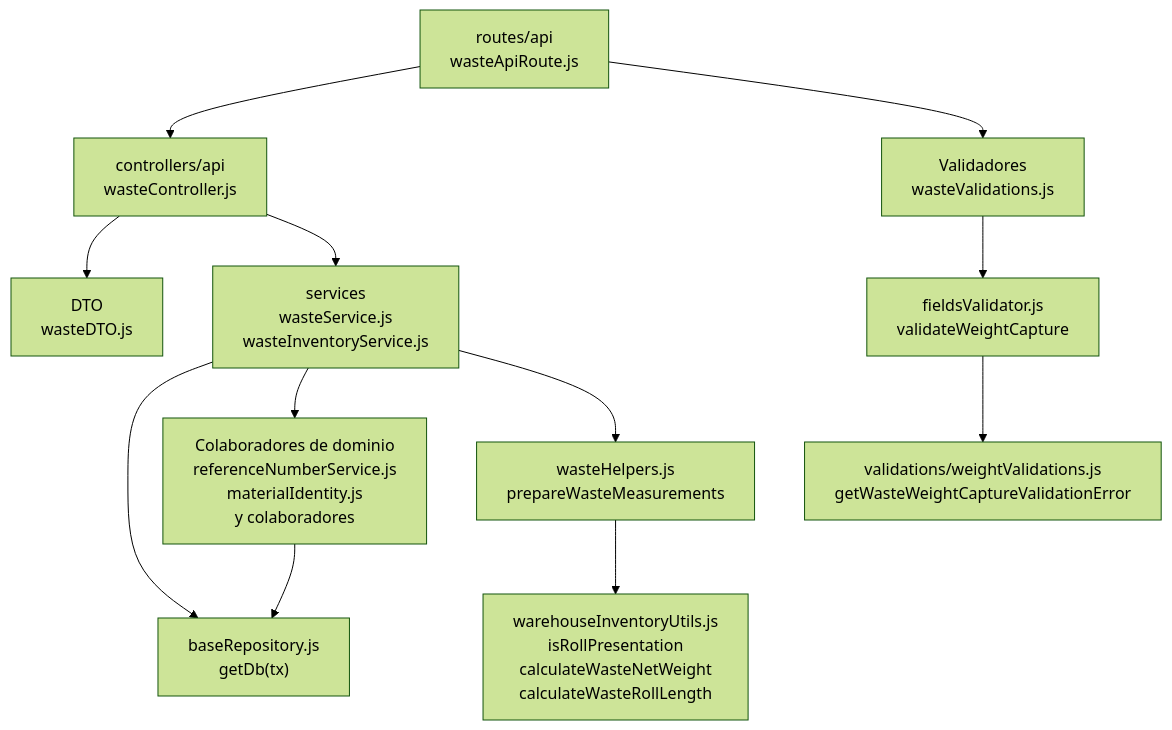
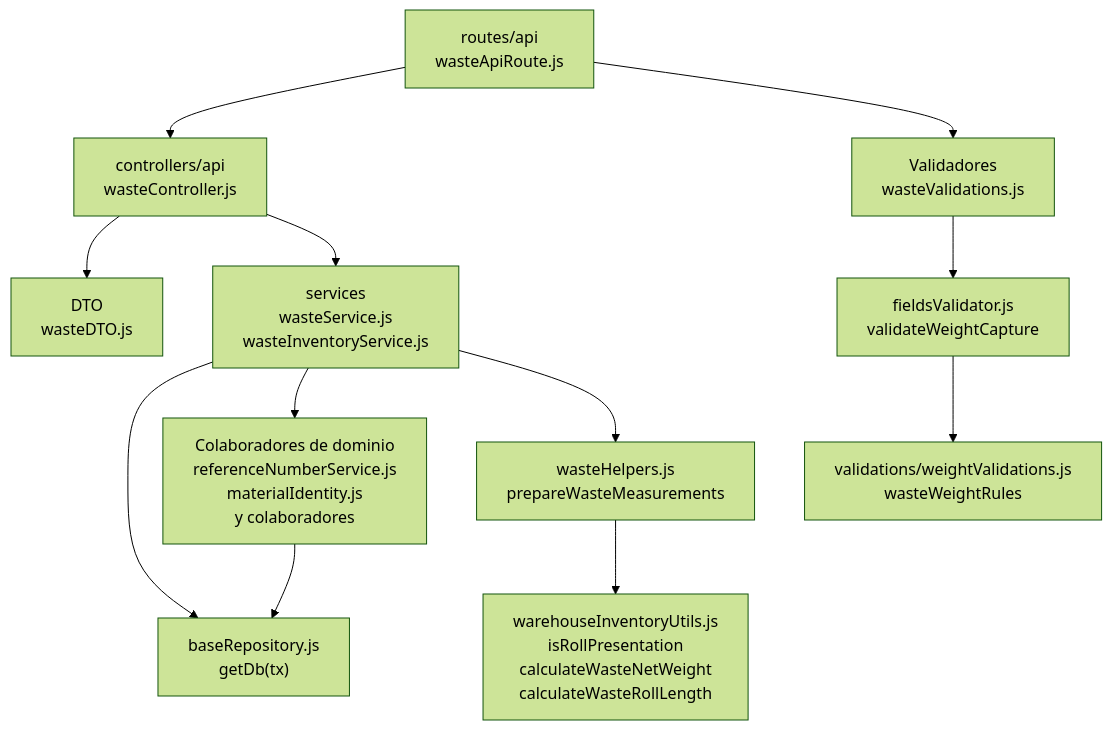
One commit to gpgsistemas01/nexus changed the diagram in docs/architecture/views/development/backend-technical-documentation/11-wastes-code.md. Above: the diagram before and after it, drawn with Mermaid (forest theme). The commit also changed other lines of this file and 39 other files, not shown here.

````diff
--- a/docs/architecture/views/development/backend-technical-documentation/11-wastes-code.md
+++ b/docs/architecture/views/development/backend-technical-documentation/11-wastes-code.md
@@ -7,25 +7,25 @@
 ```mermaid
 flowchart TB
     R["routes/api<br/>wasteApiRoute.js"]
     C["controllers/api<br/>wasteController.js"]
     S["services<br/>wasteService.js<br/>wasteInventoryService.js"]
     D["DTO<br/>wasteDTO.js"]
     X["Colaboradores de dominio<br/>referenceNumberService.js<br/>materialIdentity.js<br/>y colaboradores"]
     V["Validadores<br/>wasteValidations.js"]
     Fields["fieldsValidator.js<br/>validateWeightCapture"]
-    WeightValidation["validations/weightValidations.js<br/>getWasteWeightCaptureValidationError"]
+    WeightValidation["validations/weightValidations.js<br/>wasteWeightRules"]
     Measurements["wasteHelpers.js<br/>prepareWasteMeasurements"]
     P["baseRepository.js<br/>getDb(tx)"]
     PresentationRule["warehouseInventoryUtils.js<br/>isRollPresentation<br/>calculateWasteNetWeight<br/>calculateWasteRollLength"]
     C --> D
     C --> S
     R --> C
     R --> V
     S --> P
     S --> X
     V --> Fields
     Fields --> WeightValidation
     S --> Measurements
     Measurements --> PresentationRule
     X --> P
 ```
````
